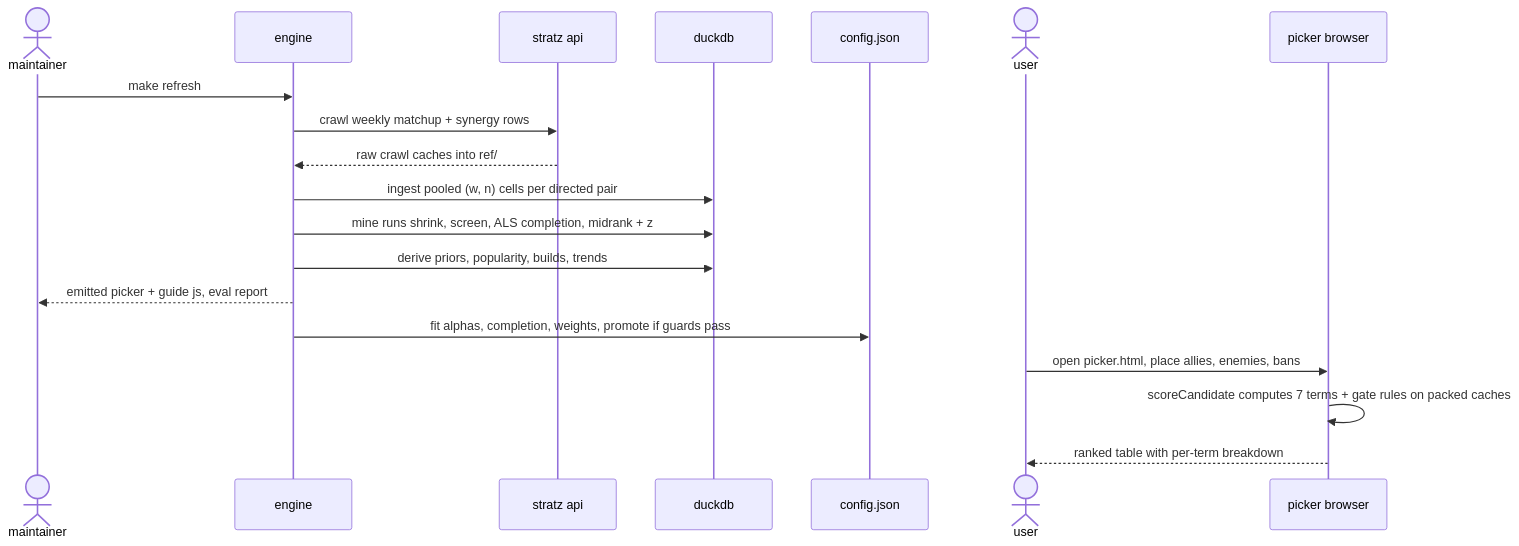
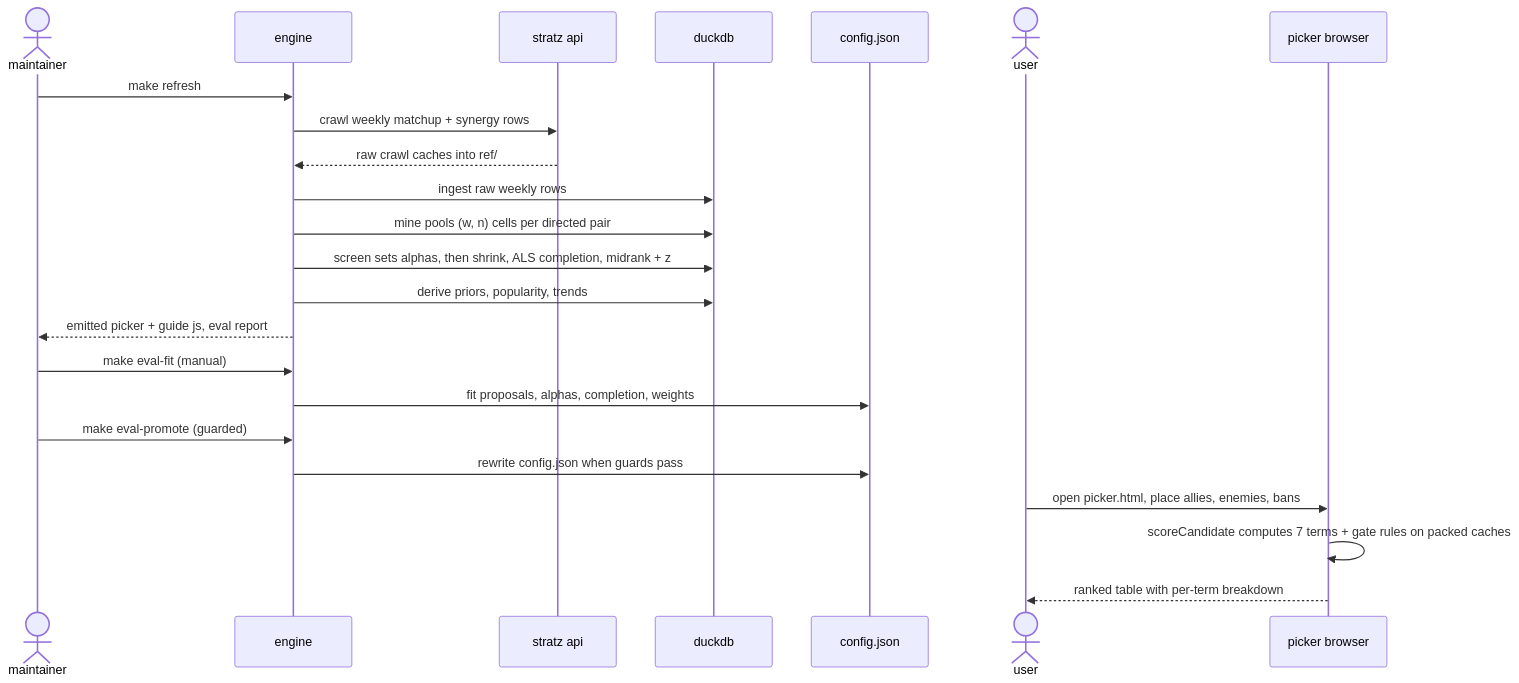
Before and after one commit to lavantien/dota-helper: the second of 2 diagrams in readme.md, drawn with Mermaid. The commit also changed other lines of this file, not shown here.

````diff
--- a/readme.md
+++ b/readme.md
@@ -64,22 +68,26 @@
 ```mermaid
 sequenceDiagram
   actor M as maintainer
   participant E as engine
   participant S as stratz api
   participant D as duckdb
   participant C as config.json
   actor U as user
   participant B as picker browser
 
   M->>E: make refresh
   E->>S: crawl weekly matchup + synergy rows
   S-->>E: raw crawl caches into ref/
-  E->>D: ingest pooled (w, n) cells per directed pair
-  E->>D: mine runs shrink, screen, ALS completion, midrank + z
-  E->>D: derive priors, popularity, builds, trends
+  E->>D: ingest raw weekly rows
+  E->>D: mine pools (w, n) cells per directed pair
+  E->>D: screen sets alphas, then shrink, ALS completion, midrank + z
+  E->>D: derive priors, popularity, trends
   E-->>M: emitted picker + guide js, eval report
-  E->>C: fit alphas, completion, weights, promote if guards pass
+  M->>E: make eval-fit (manual)
+  E->>C: fit proposals, alphas, completion, weights
+  M->>E: make eval-promote (guarded)
+  E->>C: rewrite config.json when guards pass
   U->>B: open picker.html, place allies, enemies, bans
   B->>B: scoreCandidate computes 7 terms + gate rules on packed caches
   B-->>U: ranked table with per-term breakdown
 ```
````
